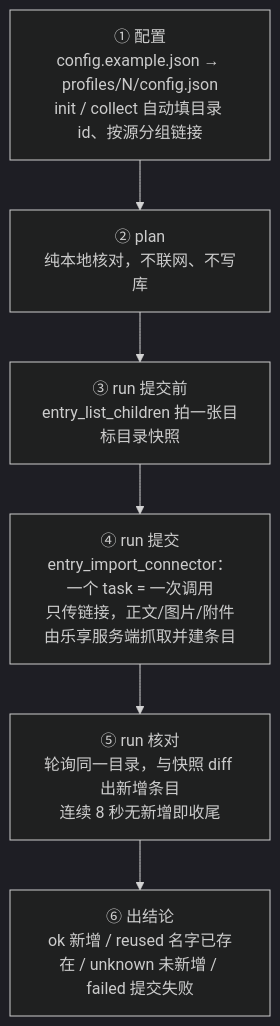
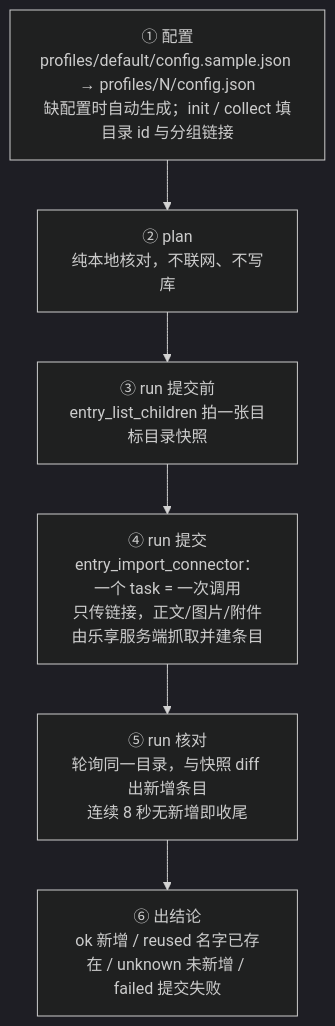
One commit to ajaxhe/sync-multisource-doc-to-lexiang changed the diagram in README.md. Above: the diagram before and after it, drawn with Mermaid (dark theme). The commit also changed other lines of this file and 8 other files, not shown here.

````diff
--- a/README.md
+++ b/README.md
@@ -35,8 +35,8 @@
 ```mermaid
 flowchart TB
-  A["① 配置<br/>config.example.json → profiles/N/config.json<br/>init / collect 自动填目录 id、按源分组链接"] --> B["② plan<br/>纯本地核对，不联网、不写库"]
+  A["① 配置<br/>profiles/default/config.sample.json → profiles/N/config.json<br/>缺配置时自动生成；init / collect 填目录 id 与分组链接"] --> B["② plan<br/>纯本地核对，不联网、不写库"]
   B --> C["③ run 提交前<br/>entry_list_children 拍一张目标目录快照"]
   C --> D["④ run 提交<br/>entry_import_connector：一个 task = 一次调用<br/>只传链接，正文/图片/附件由乐享服务端抓取并建条目"]
   D --> E["⑤ run 核对<br/>轮询同一目录，与快照 diff 出新增条目<br/>连续 8 秒无新增即收尾"]
   E --> F["⑥ 出结论<br/>ok 新增 / reused 名字已存在 / unknown 未新增 / failed 提交失败"]
 ```
````
